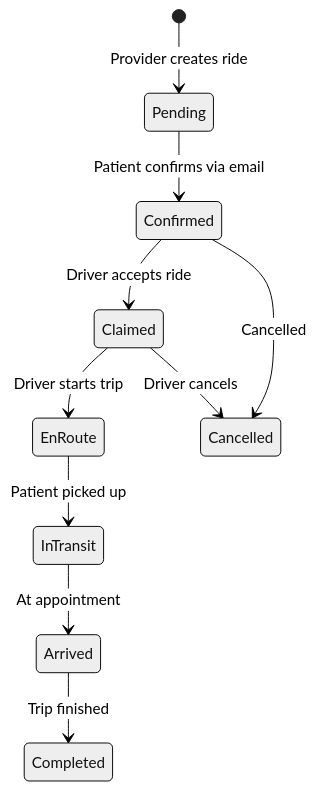
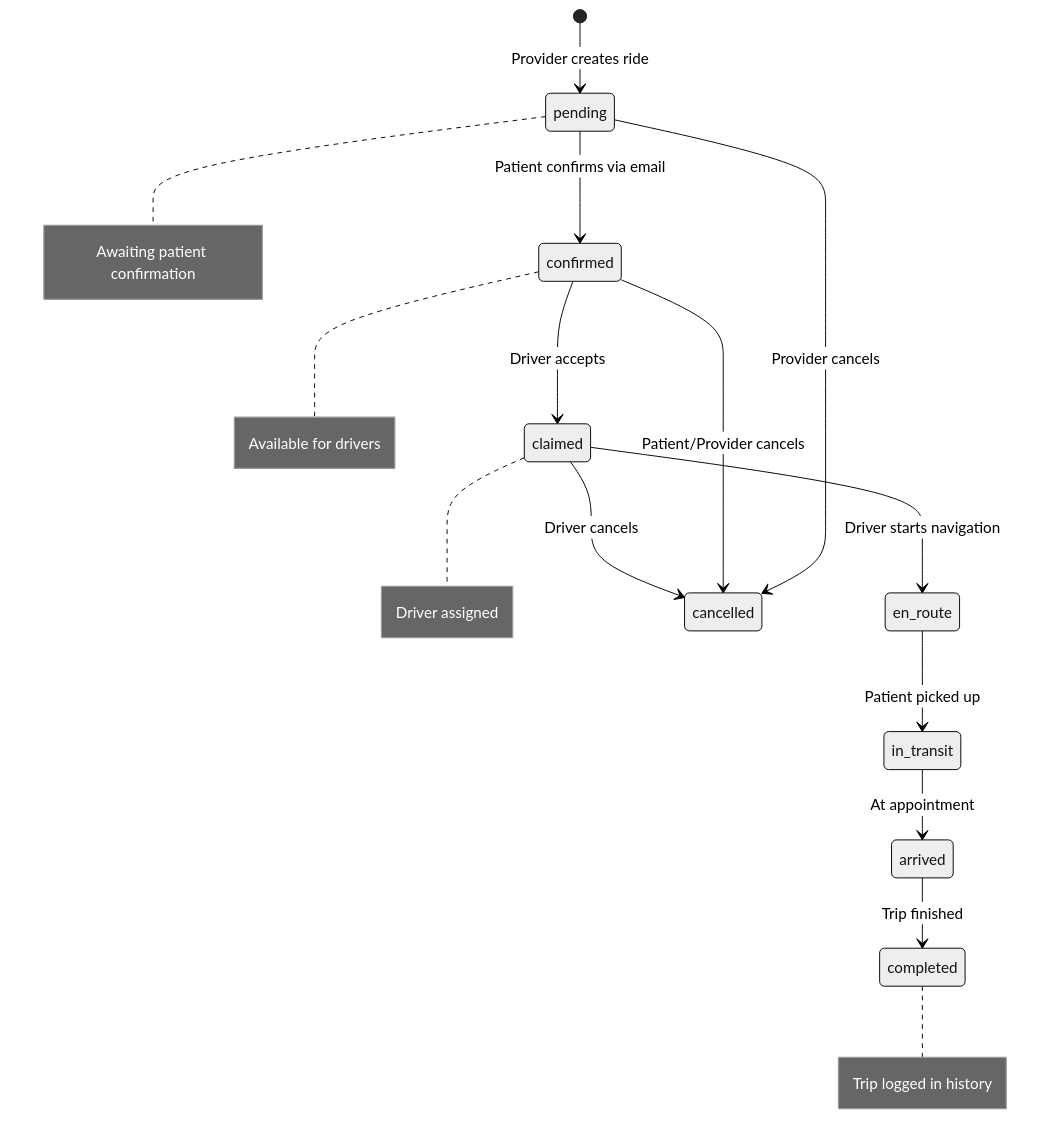
Before and after one commit to ACherniske/ECEG301: the third of 3 diagrams in README.md, drawn with Mermaid (neutral theme). The commit also changed other lines of this file and 1 other file, not shown here.

Commit message:
docs: Fix bidirectional arrows

````diff
--- a/README.md
+++ b/README.md
@@ -98,12 +98,19 @@
 ```mermaid
 stateDiagram-v2
-    [*] --> Pending: Provider creates ride
-    Pending --> Confirmed: Patient confirms via email
-    Confirmed --> Claimed: Driver accepts ride
-    Claimed --> EnRoute: Driver starts trip
-    EnRoute --> InTransit: Patient picked up
-    InTransit --> Arrived: At appointment
-    Arrived --> Completed: Trip finished
-    Confirmed --> Cancelled: Cancelled
-    Claimed --> Cancelled: Driver cancels
+    [*] --> pending: Provider creates ride
+    pending --> confirmed: Patient confirms via email
+    confirmed --> claimed: Driver accepts
+    claimed --> en_route: Driver starts navigation
+    en_route --> in_transit: Patient picked up
+    in_transit --> arrived: At appointment
+    arrived --> completed: Trip finished
+    
+    pending --> cancelled: Provider cancels
+    confirmed --> cancelled: Patient/Provider cancels
+    claimed --> cancelled: Driver cancels
+    
+    note right of pending: Awaiting patient confirmation
+    note right of confirmed: Available for drivers
+    note right of claimed: Driver assigned
+    note right of completed: Trip logged in history
 ```
````
